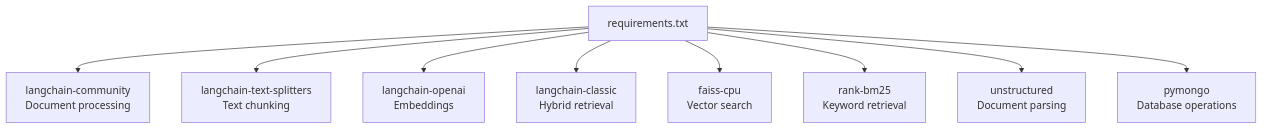
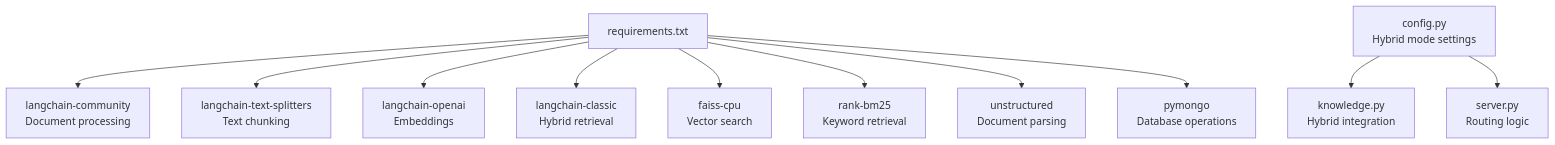
Before and after one commit to Sovetsky-Soyuz/AI-Assistant: the sixth of 6 diagrams in .qoder/repowiki/en/content/Features and Capabilities/Knowledge Management and RAG.md, drawn with Mermaid. The commit also changed other lines of this file and 15 other files, not shown here.

````diff
--- a/.qoder/repowiki/en/content/Features and Capabilities/Knowledge Management and RAG.md
+++ b/.qoder/repowiki/en/content/Features and Capabilities/Knowledge Management and RAG.md
@@ -406,20 +416,23 @@
 ```mermaid
 graph TB
 REQ["requirements.txt"]
 LC["langchain-community<br/>Document processing"]
 LTX["langchain-text-splitters<br/>Text chunking"]
 LOA["langchain-openai<br/>Embeddings"]
 LCL["langchain-classic<br/>Hybrid retrieval"]
 FAISS["faiss-cpu<br/>Vector search"]
 RBM25["rank-bm25<br/>Keyword retrieval"]
 UNSTR["unstructured<br/>Document parsing"]
 PYMONGO["pymongo<br/>Database operations"]
+CONFIG["config.py<br/>Hybrid mode settings"]
 REQ --> LC
 REQ --> LTX
 REQ --> LOA
 REQ --> LCL
 REQ --> FAISS
 REQ --> RBM25
 REQ --> UNSTR
 REQ --> PYMONGO
+CONFIG --> KNOWLEDGE["knowledge.py<br/>Hybrid integration"]
+CONFIG --> SERVER["server.py<br/>Routing logic"]
 ```
````
